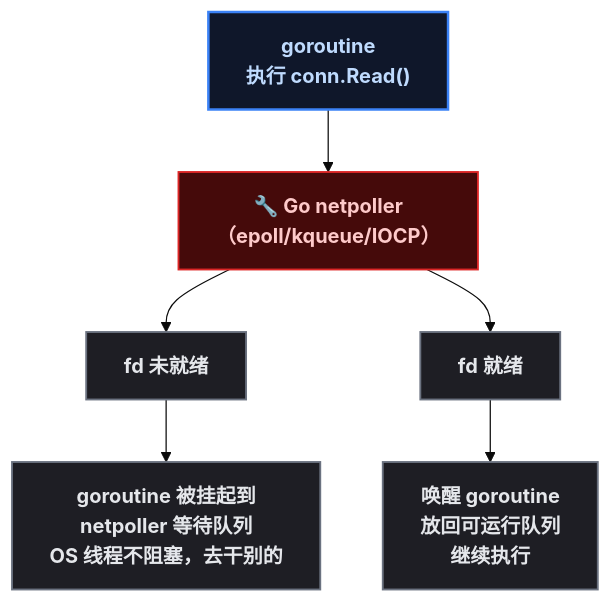
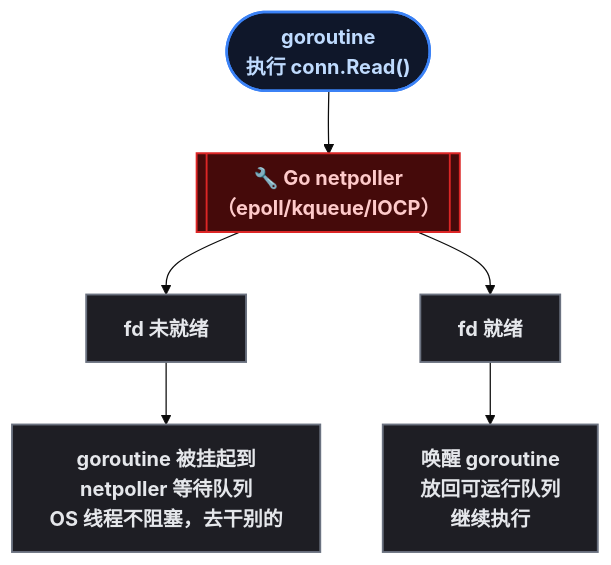
Before and after one commit to yaocat55/yaocat55.github.io: the second of 3 diagrams in content/posts/go/GoNetworking.md, drawn with Mermaid (base theme). The commit also changed other lines of this file and 14 other files, not shown here.

````diff
--- a/content/posts/go/GoNetworking.md
+++ b/content/posts/go/GoNetworking.md
@@ -129,19 +129,19 @@
 ```mermaid
 flowchart TD
-    G["goroutine\n执行 conn.Read()"] --> NetPoller["🔧 Go netpoller\n（epoll/kqueue/IOCP）"]
+    G(["goroutine\n执行 conn.Read()"]) --> NetPoller[["🔧 Go netpoller\n（epoll/kqueue/IOCP）"]]
     G2["goroutine 被挂起到\nnetpoller 等待队列\nOS 线程不阻塞，去干别的"]
     
     NetPoller --> Block["fd 未就绪"]
     NetPoller --> Ready["fd 就绪"]
     
     Block --> G2
     Ready --> Wakeup["唤醒 goroutine\n放回可运行队列\n继续执行"]
     
 classDef root fill:#0f172a,stroke:#3b82f6,stroke-width:2px,color:#bfdbfe,font-weight:bold;
 classDef process fill:#1e1e24,stroke:#6b7280,stroke-width:1.5px,color:#e5e7eb;
 classDef highlight fill:#450a0a,stroke:#dc2626,stroke-width:1.5px,color:#fecaca,font-weight:bold;
     
     class G root
     class NetPoller highlight
     class Block,Ready,G2,Wakeup process
 ```
````
